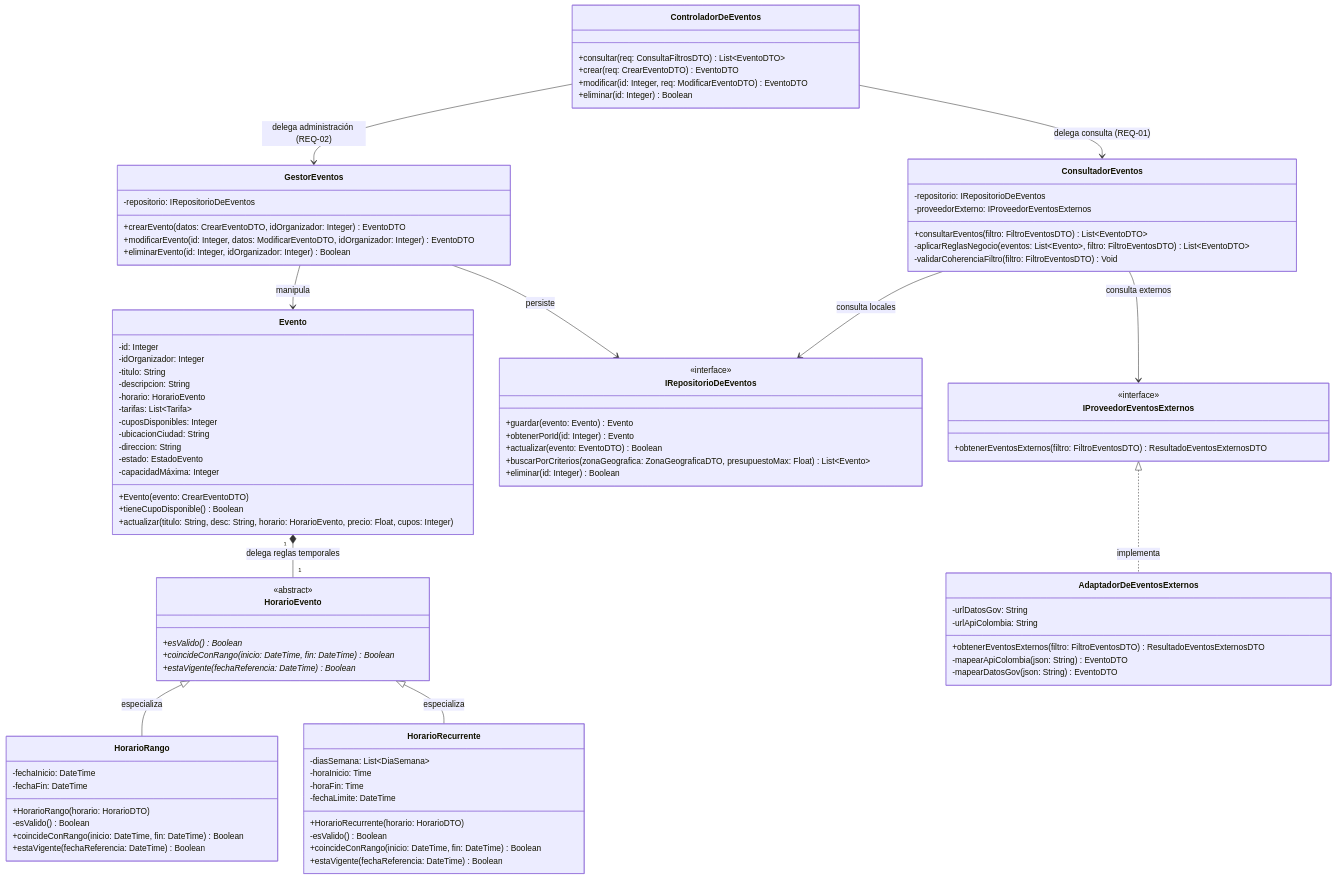
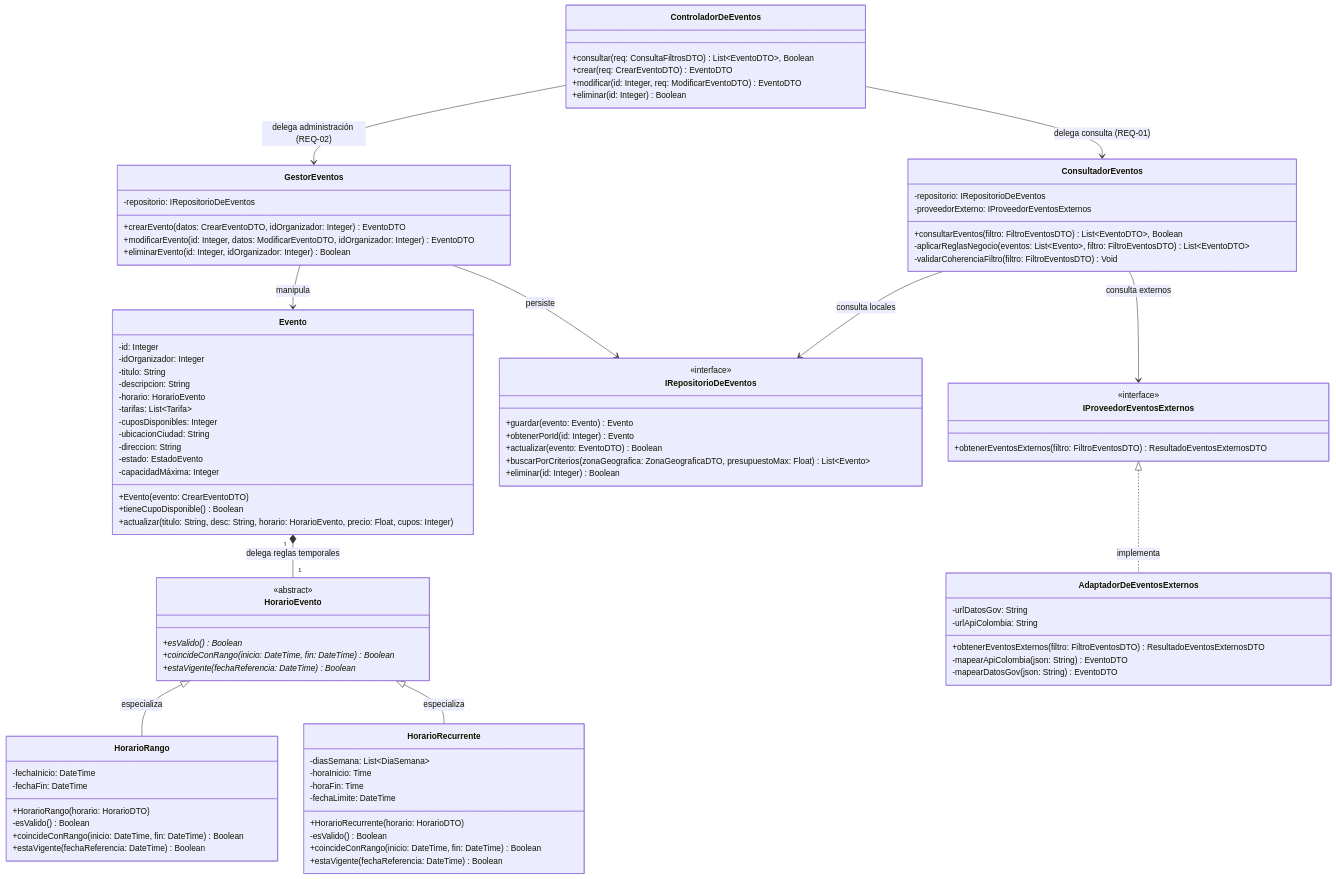
Before and after one commit to ProyectPlanning/Sistema_de_eventos: the second of 3 diagrams in Docs/Design/Diseño Arquitectónico detallado 01.md, drawn with Mermaid.

Commit message:
Update method signatures in architectural design

```diff
--- a/Docs/Design/Diseño Arquitectónico detallado 01.md
+++ b/Docs/Design/Diseño Arquitectónico detallado 01.md
@@ -139,7 +139,7 @@
 classDiagram
     %% Capa de Entrada
     class ControladorDeEventos {
-        +consultar(req: ConsultaFiltrosDTO) List~EventoDTO~
+        +consultar(req: ConsultaFiltrosDTO) List~EventoDTO~, Boolean
         +crear(req: CrearEventoDTO) EventoDTO
         +modificar(id: Integer, req: ModificarEventoDTO) EventoDTO
         +eliminar(id: Integer) Boolean
@@ -149,7 +149,7 @@
     class ConsultadorEventos {
         -repositorio: IRepositorioDeEventos
         -proveedorExterno: IProveedorEventosExternos
-        +consultarEventos(filtro: FiltroEventosDTO) List~EventoDTO~
+        +consultarEventos(filtro: FiltroEventosDTO) List~EventoDTO~, Boolean
         -aplicarReglasNegocio(eventos: List~Evento~, filtro: FiltroEventosDTO) List~EventoDTO~
         -validarCoherenciaFiltro(filtro: FiltroEventosDTO) Void
     }
```
